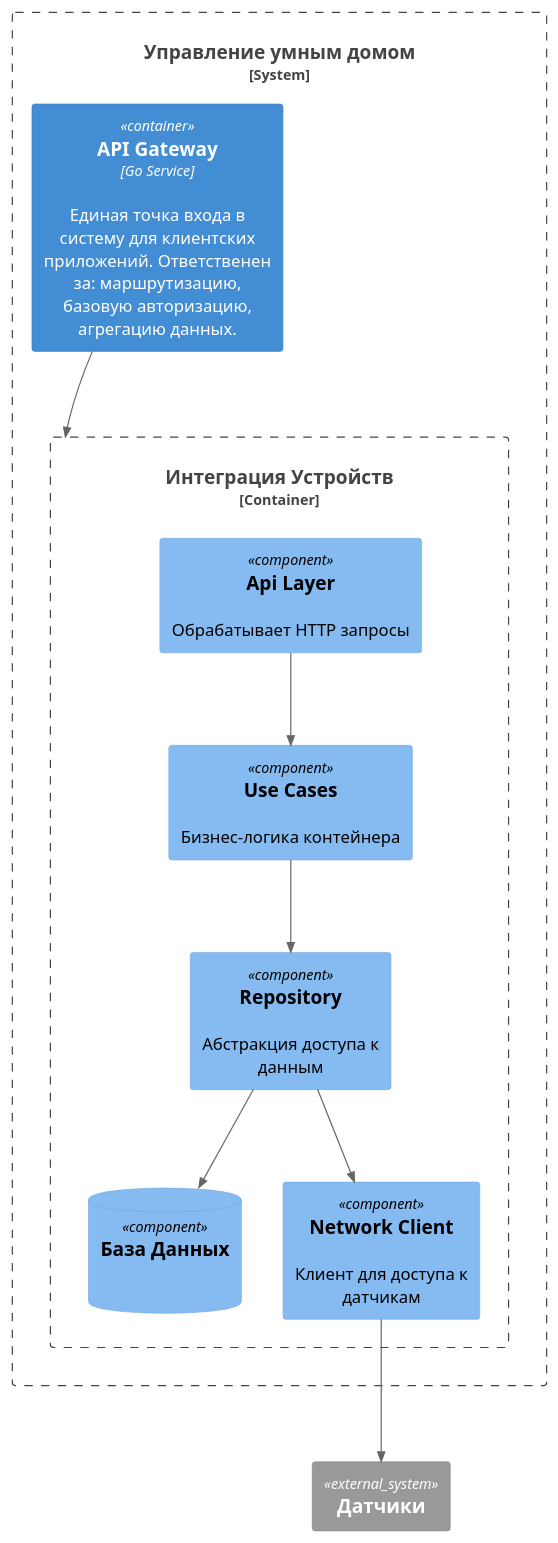
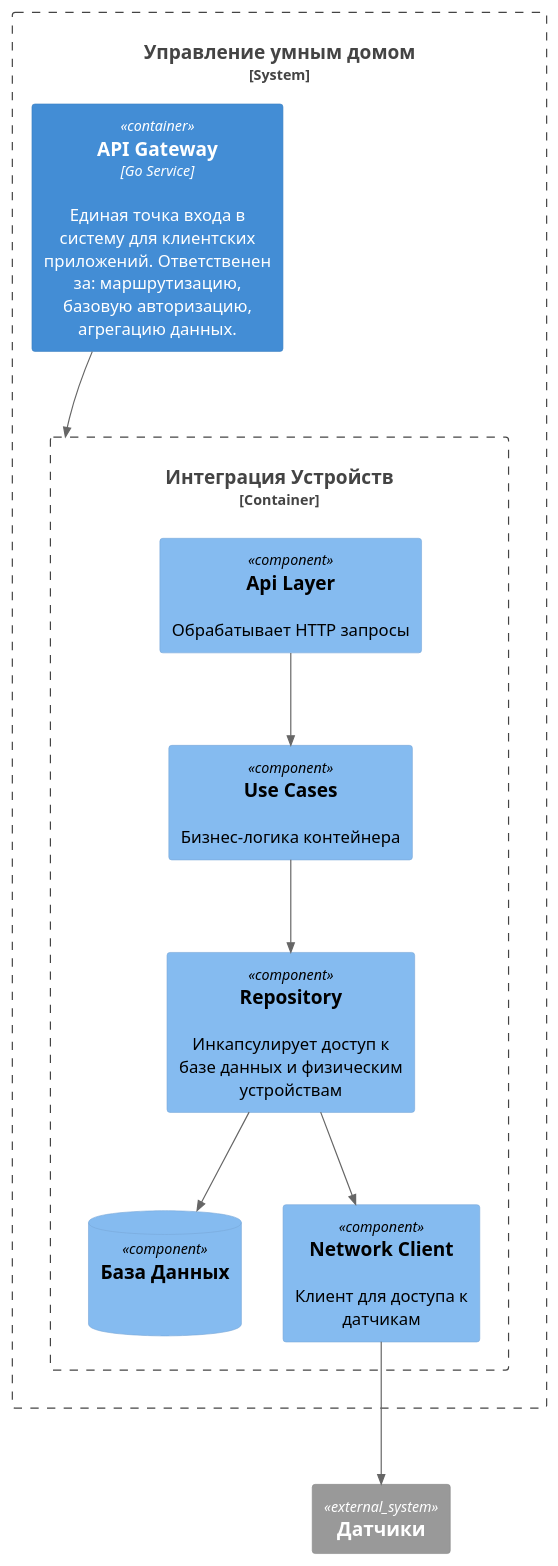
One commit to IlimbekNarmatov/warmhouse changed the diagram in puml/task_2_component_diagram.puml. Above: the diagram before and after it, drawn with PlantUML.

Commit message:
* fixˆ

```diff
--- a/puml/task_2_component_diagram.puml
+++ b/puml/task_2_component_diagram.puml
@@ -1,24 +1,24 @@
 @startuml
 !include https://raw.githubusercontent.com/plantuml-stdlib/C4-PlantUML/master/C4_Container.puml
 !include https://raw.githubusercontent.com/plantuml-stdlib/C4-PlantUML/master/C4_Component.puml
 
 System_Ext(device, "Датчики")
 
 System_Boundary(smartHomeSystem, "Управление умным домом"){
     Container(gateway, "API Gateway", "Go Service", "Единая точка входа в систему для клиентских приложений. Ответственен за: маршрутизацию, базовую авторизацию, агрегацию данных.")
     Container_Boundary(deviceIntegrationContainer, "Интеграция Устройств"){
         Component(apiLayer, "Api Layer", "", "Обрабатывает HTTP запросы")
-        Component(repo, "Repository", "", "Абстракция доступа к данным")
+        Component(repo, "Repository", "", "Инкапсулирует доступ к базе данных и физическим устройствам")
         ComponentDb(deviceIntegrationDB, "База Данных", "", " ")
         Component(useCases, "Use Cases", "", "Бизнес-логика контейнера")
         Component(networkClient, "Network Client", "", "Клиент для доступа к датчикам")
     }
 }
 
 Rel(gateway, deviceIntegrationContainer, " ")
 Rel(apiLayer, useCases, " ")
 Rel(useCases, repo, " ")
 Rel(repo, deviceIntegrationDB, " ")
 Rel(repo, networkClient, " ")
 Rel(networkClient, device, " ")
 @enduml
```
